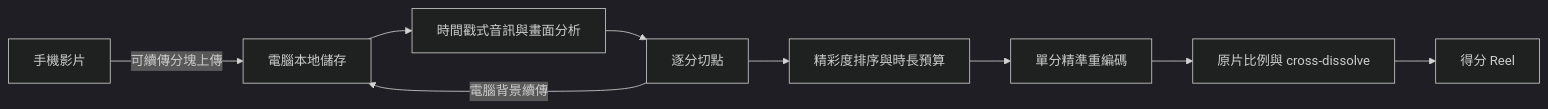
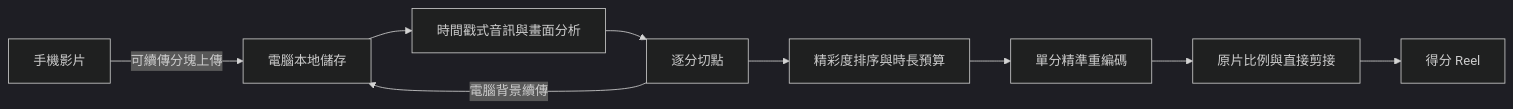
The diagram in README.md (momonong/pingpong-auto-highlight), drawn with Mermaid (dark theme) before and after one commit. The commit also changed other lines of this file and 16 other files, not shown here.

````diff
--- a/README.md
+++ b/README.md
@@ -373,11 +375,11 @@
 ```mermaid
 flowchart LR
     A["手機影片"] -->|"可續傳分塊上傳"| B["電腦本地儲存"]
     D["Google Drive 公開影片"] -->|"電腦背景續傳"| B
     B --> C["時間戳式音訊與畫面分析"]
     C --> D["逐分切點"]
     D --> E["精彩度排序與時長預算"]
     E --> F["單分精準重編碼"]
-    F --> G["原片比例與 cross-dissolve"]
+    F --> G["原片比例與直接剪接"]
     G --> H["得分 Reel"]
 ```
````
